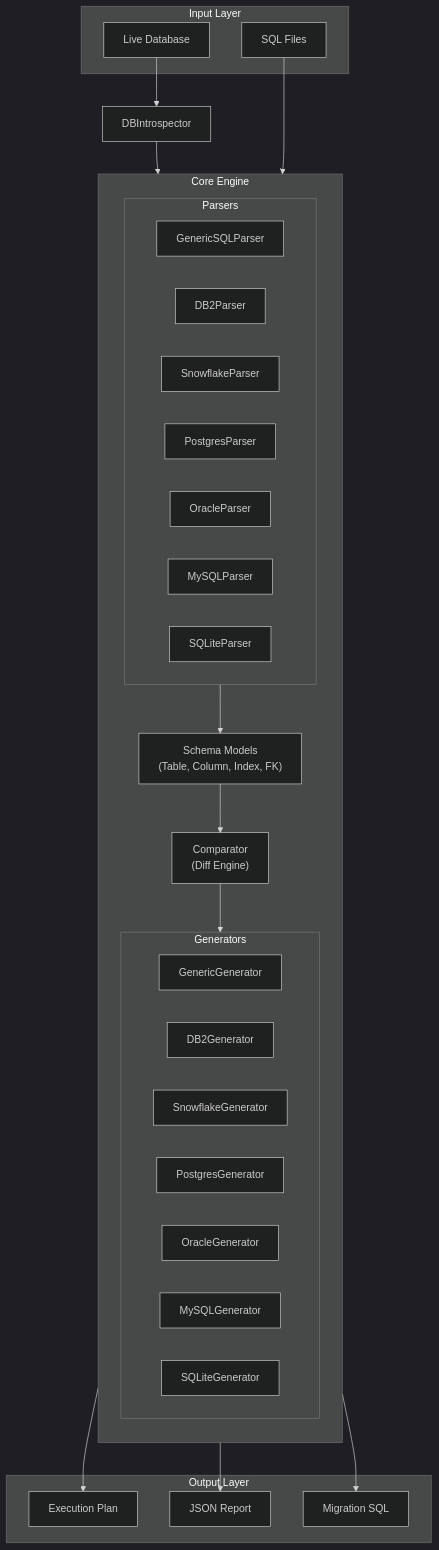
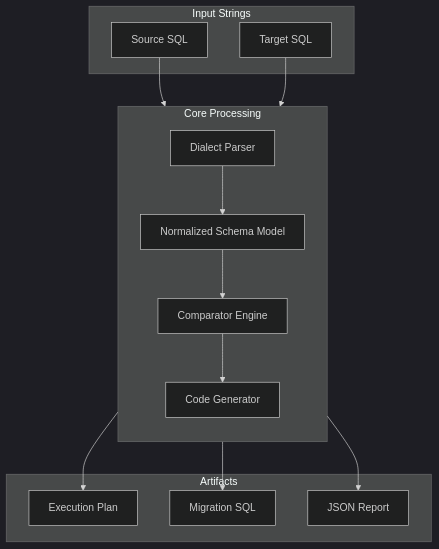
The diagram in README.md (structlabsinc/schemaforge), drawn with Mermaid (dark theme) before and after one commit. The commit also changed other lines of this file and 39 other files, not shown here.

````diff
--- a/README.md
+++ b/README.md
@@ -64,49 +149,30 @@
 ```mermaid
 flowchart TB
-    subgraph Input["Input Layer"]
-        SQL["SQL Files"]
-        DB["Live Database"]
+    subgraph Input["Input Strings"]
+        Src["Source SQL"]
+        Tgt["Target SQL"]
     end
 
-    subgraph Core["Core Engine"]
+    subgraph Core["Core Processing"]
         direction TB
-        subgraph Parsers["Parsers"]
-            GP["GenericSQLParser"]
-            DB2P["DB2Parser"]
-            SFP["SnowflakeParser"]
-            PGP["PostgresParser"]
-            ORP["OracleParser"]
-            MYP["MySQLParser"]
-            SQP["SQLiteParser"]
-        end
-        
-        Models["Schema Models<br/>(Table, Column, Index, FK)"]
-        Comparator["Comparator<br/>(Diff Engine)"]
-        
-        subgraph Generators["Generators"]
-            GG["GenericGenerator"]
-            DB2G["DB2Generator"]
-            SFG["SnowflakeGenerator"]
-            PGG["PostgresGenerator"]
-            ORG["OracleGenerator"]
-            MYG["MySQLGenerator"]
-            SQG["SQLiteGenerator"]
-        end
+        Parser["Dialect Parser"]
+        Model["Normalized Schema Model"]
+        Diff["Comparator Engine"]
+        Gen["Code Generator"]
     end
 
-    subgraph Output["Output Layer"]
+    subgraph Output["Artifacts"]
         Plan["Execution Plan"]
+        SQL["Migration SQL"]
         JSON["JSON Report"]
-        DDL["Migration SQL"]
     end
 
-    SQL --> Parsers
-    DB --> Introspector["DBIntrospector"]
-    Introspector --> Models
-    Parsers --> Models
-    Models --> Comparator
-    Comparator --> Generators
-    Generators --> Plan
-    Generators --> JSON
-    Generators --> DDL
+    Src --> Parser
+    Tgt --> Parser
+    Parser --> Model
+    Model --> Diff
+    Diff --> Gen
+    Gen --> Plan
+    Gen --> SQL
+    Gen --> JSON
 ```
````
